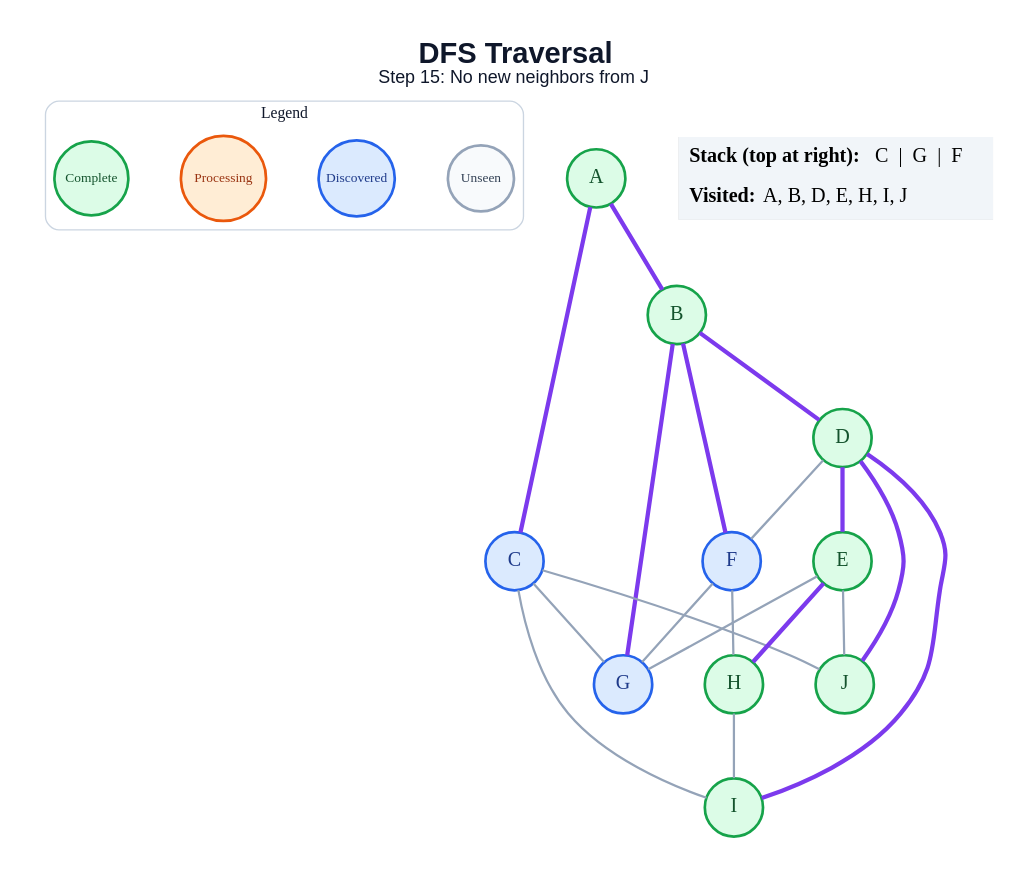
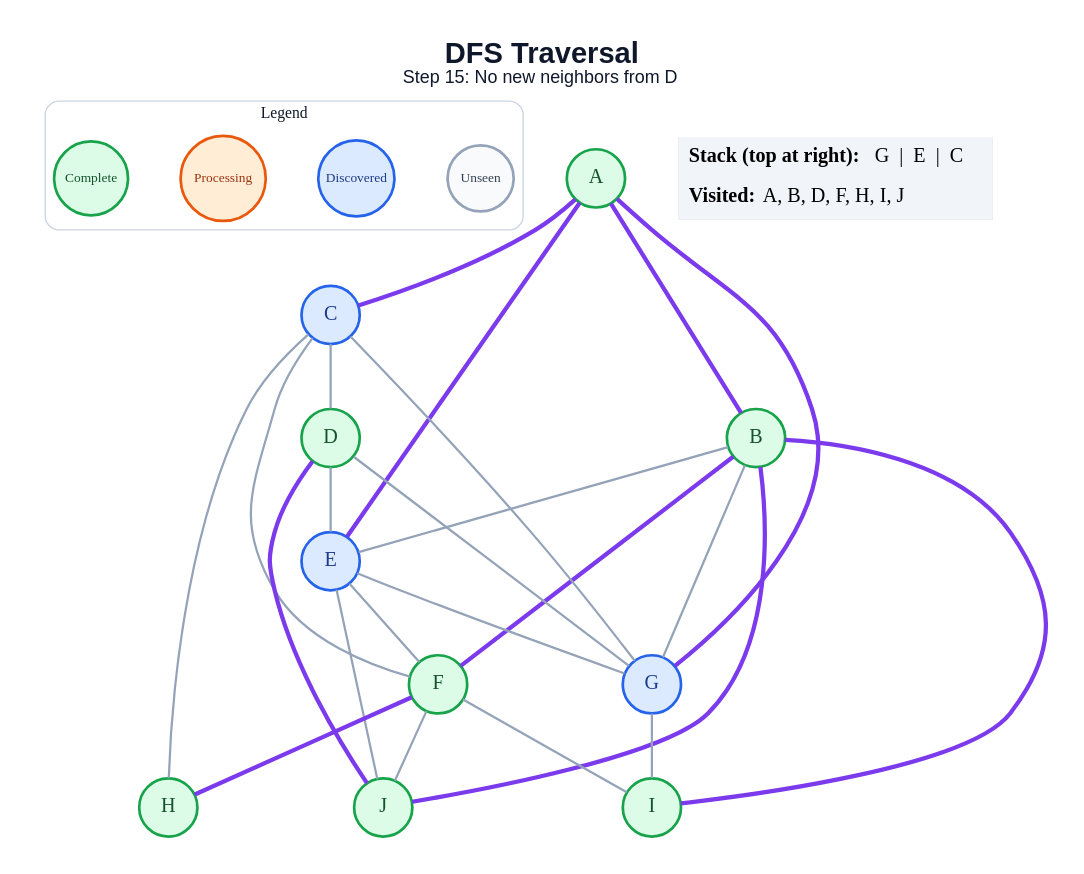
One commit to amanghodawala9/ai-slop changed the diagram in generated/dfs/step_15.dot. Above: the diagram before and after it, drawn with Graphviz. The commit also changed 178 other files, not shown here.

```diff
--- a/generated/dfs/step_15.dot
+++ b/generated/dfs/step_15.dot
@@ -1,47 +1,52 @@
 graph traversal {
   graph [layout=dot, rankdir=TB, bgcolor="#FFFFFF", pad="0.35", nodesep="0.65", ranksep="0.8", fontname="Arial"];
   node [shape=circle, style="filled", fontname="Arial Bold", fontsize=18, width=0.72, fixedsize=true, penwidth=2.4];
   edge [color="#94A3B8", penwidth=2.0];
-  label=<<B>DFS Traversal</B><BR/><FONT POINT-SIZE="16">Step 15: No new neighbors from J</FONT>>; labelloc="t"; fontsize=26; fontname="Arial"; fontcolor="#0F172A";
+  label=<<B>DFS Traversal</B><BR/><FONT POINT-SIZE="16">Step 15: No new neighbors from D</FONT>>; labelloc="t"; fontsize=26; fontname="Arial"; fontcolor="#0F172A";
   subgraph cluster_legend { label="Legend"; color="#CBD5E1"; penwidth=1.2; style="rounded"; fontsize=14; fontname="Arial Bold";
     key_unseen [label="Unseen", fillcolor="#F8FAFC", color="#94A3B8", fontcolor="#334155", fontsize=12, width=0.82];
     key_frontier [label="Discovered", fillcolor="#DBEAFE", color="#2563EB", fontcolor="#1E3A8A", fontsize=12, width=0.95];
     key_current [label="Processing", fillcolor="#FFEDD5", color="#EA580C", fontcolor="#9A3412", fontsize=12, width=1.05];
     key_done [label="Complete", fillcolor="#DCFCE7", color="#16A34A", fontcolor="#14532D", fontsize=12, width=0.92];
     { rank=same; key_unseen; key_frontier; key_current; key_done; }
   }
   A [fillcolor="#DCFCE7", color="#16A34A", fontcolor="#14532D"];
   B [fillcolor="#DCFCE7", color="#16A34A", fontcolor="#14532D"];
   C [fillcolor="#DBEAFE", color="#2563EB", fontcolor="#1E3A8A"];
   D [fillcolor="#DCFCE7", color="#16A34A", fontcolor="#14532D"];
-  E [fillcolor="#DCFCE7", color="#16A34A", fontcolor="#14532D"];
-  F [fillcolor="#DBEAFE", color="#2563EB", fontcolor="#1E3A8A"];
+  E [fillcolor="#DBEAFE", color="#2563EB", fontcolor="#1E3A8A"];
+  F [fillcolor="#DCFCE7", color="#16A34A", fontcolor="#14532D"];
   G [fillcolor="#DBEAFE", color="#2563EB", fontcolor="#1E3A8A"];
   H [fillcolor="#DCFCE7", color="#16A34A", fontcolor="#14532D"];
   I [fillcolor="#DCFCE7", color="#16A34A", fontcolor="#14532D"];
   J [fillcolor="#DCFCE7", color="#16A34A", fontcolor="#14532D"];
   A -- B [color="#7C3AED", penwidth=3.8];
   A -- C [color="#7C3AED", penwidth=3.8];
-  B -- D [color="#7C3AED", penwidth=3.8];
+  A -- E [color="#7C3AED", penwidth=3.8];
+  A -- G [color="#7C3AED", penwidth=3.8];
+  B -- E;
   B -- F [color="#7C3AED", penwidth=3.8];
-  B -- G [color="#7C3AED", penwidth=3.8];
+  B -- G;
+  B -- I [color="#7C3AED", penwidth=3.8];
+  B -- J [color="#7C3AED", penwidth=3.8];
+  C -- D;
+  C -- F;
   C -- G;
-  C -- I;
-  C -- J;
-  D -- E [color="#7C3AED", penwidth=3.8];
-  D -- F;
-  D -- I [color="#7C3AED", penwidth=3.8];
+  C -- H;
+  D -- E;
+  D -- G;
   D -- J [color="#7C3AED", penwidth=3.8];
+  E -- F;
   E -- G;
-  E -- H [color="#7C3AED", penwidth=3.8];
   E -- J;
-  F -- G;
-  F -- H;
-  H -- I;
+  F -- H [color="#7C3AED", penwidth=3.8];
+  F -- I;
+  F -- J;
+  G -- I;
   status [shape=plain, fixedsize=false, width=0, height=0, margin=0, label=<
     <TABLE BORDER="0" CELLBORDER="0" CELLPADDING="7" BGCOLOR="#F1F5F9">
-      <TR><TD ALIGN="LEFT"><B>Stack (top at right):</B> C  |  G  |  F</TD></TR>
-      <TR><TD ALIGN="LEFT"><B>Visited:</B> A, B, D, E, H, I, J</TD></TR>
+      <TR><TD ALIGN="LEFT"><B>Stack (top at right):</B> G  |  E  |  C</TD></TR>
+      <TR><TD ALIGN="LEFT"><B>Visited:</B> A, B, D, F, H, I, J</TD></TR>
     </TABLE>
   >];
 }
```
